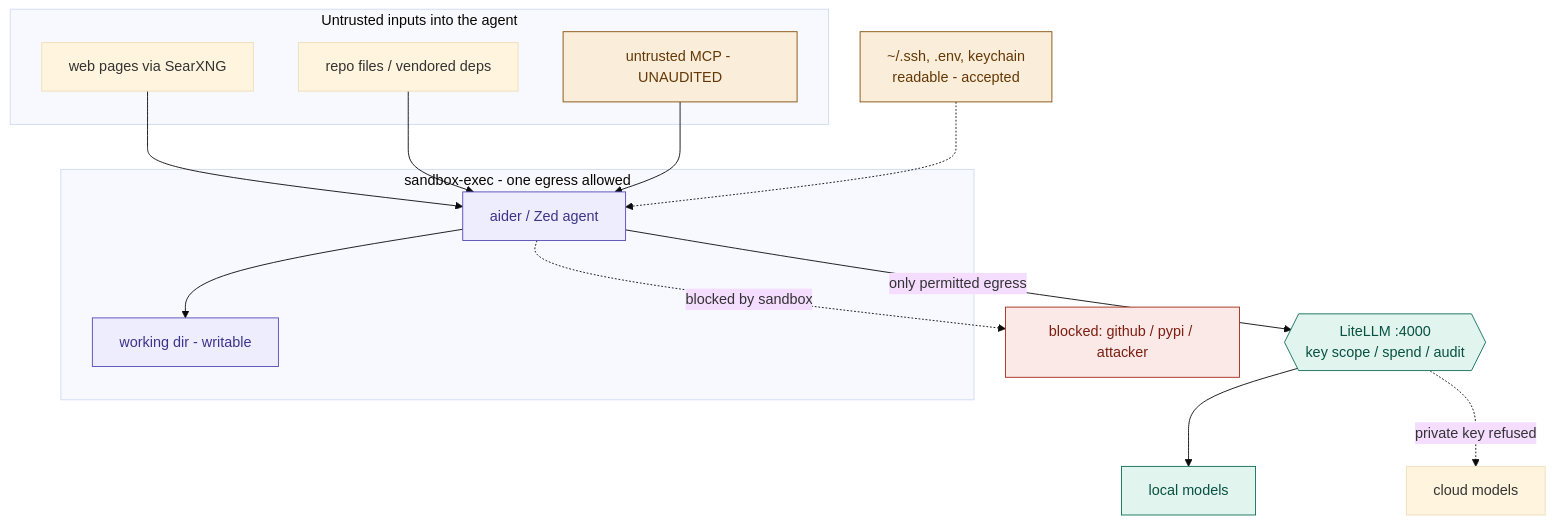
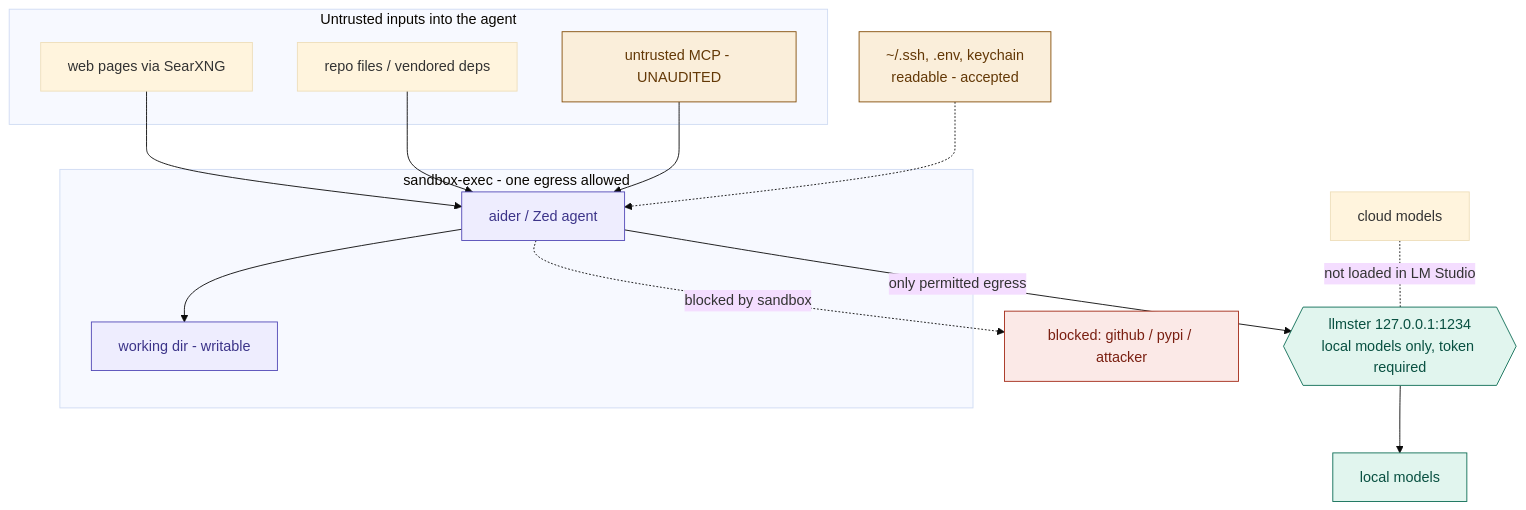
Before and after one commit to ouster/hearth: the diagram in docs/THREAT-MODEL.md, drawn with Mermaid (base theme). The commit also changed other lines of this file and 21 other files, not shown here.

````diff
--- a/docs/THREAT-MODEL.md
+++ b/docs/THREAT-MODEL.md
@@ -34,42 +35,42 @@
 ```mermaid
 flowchart TB
     subgraph inputs["Untrusted inputs into the agent"]
         web["web pages via SearXNG"]
         repo["repo files / vendored deps"]
         mcpsrc["untrusted MCP - UNAUDITED"]
     end
 
     subgraph sandbox["sandbox-exec - one egress allowed"]
         agent["aider / Zed agent"]
         wd["working dir - writable"]
     end
 
     secrets["~/.ssh, .env, keychain<br/>readable - accepted"]
 
-    gw{{"LiteLLM :4000<br/>key scope / spend / audit"}}
+    gw{{"llmster 127.0.0.1:1234<br/>local models only, token required"}}
     localm["local models"]
     cloudm["cloud models"]
     outside["blocked: github / pypi / attacker"]
 
     web --> agent
     repo --> agent
     mcpsrc --> agent
     secrets -.-> agent
 
     agent -->|"only permitted egress"| gw
     agent --> wd
     agent -.->|"blocked by sandbox"| outside
 
     gw --> localm
-    gw -.->|"private key refused"| cloudm
+    cloudm -.-|"not loaded in LM Studio"| gw
 
     classDef okCls fill:#E1F5EE,stroke:#0F6E56,color:#085041
     classDef badCls fill:#FBE9E7,stroke:#A32B18,color:#7A1F11
     classDef warnCls fill:#FAEEDA,stroke:#854F0B,color:#633806
     classDef boxCls fill:#EEEDFE,stroke:#534AB7,color:#3C3489
 
     class gw,localm okCls
     class outside badCls
     class secrets,mcpsrc warnCls
     class agent,wd boxCls
 ```
````
